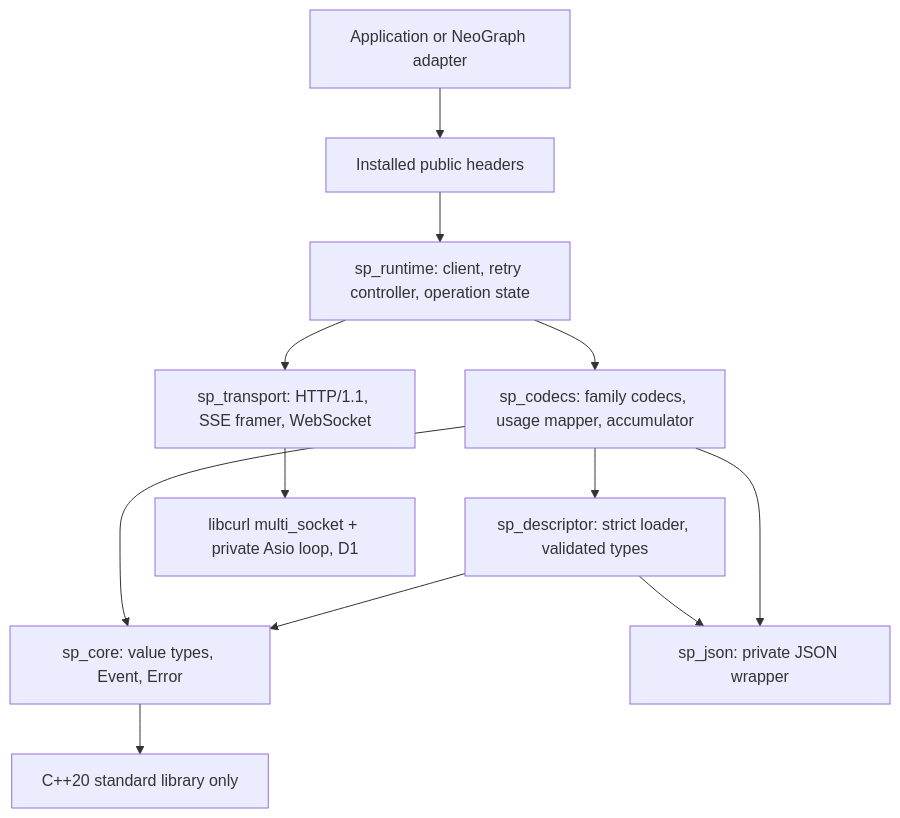
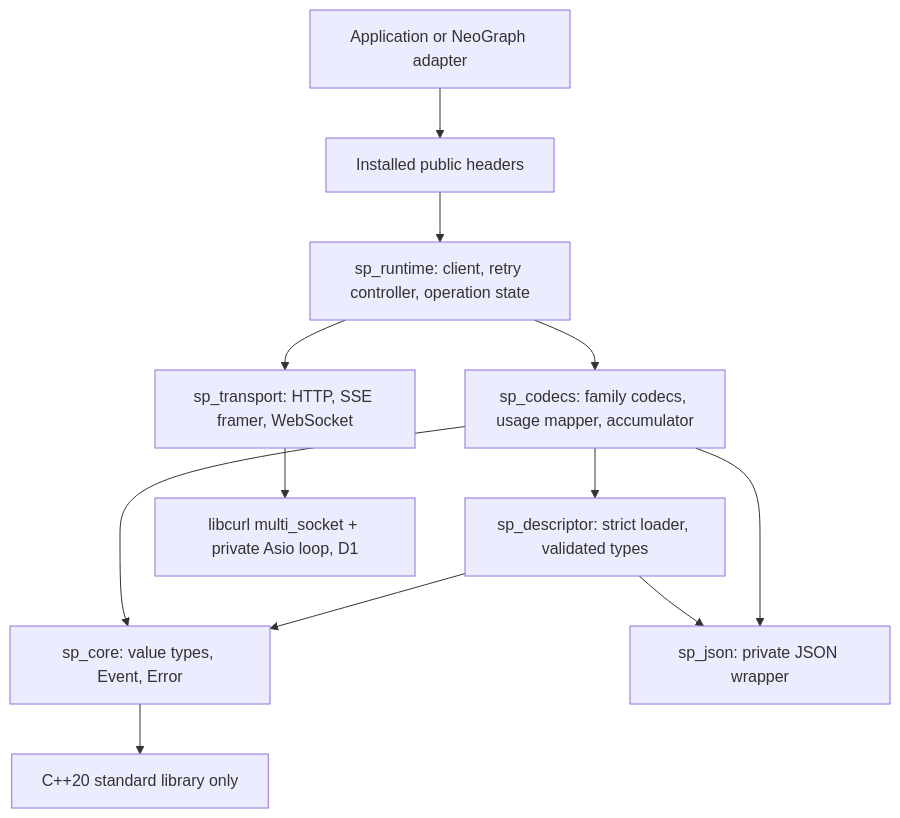
One commit to fox1245/SchemaProvider changed the diagram in docs/DESIGN.md. Above: the diagram before and after it, drawn with Mermaid. The commit also changed other lines of this file and 61 other files, not shown here.

````diff
--- a/docs/DESIGN.md
+++ b/docs/DESIGN.md
@@ -35,14 +35,14 @@
 ```mermaid
 graph TD
   App[Application or NeoGraph adapter] --> Pub[Installed public headers]
   Pub --> Runtime[sp_runtime: client, retry controller, operation state]
   Runtime --> Codecs[sp_codecs: family codecs, usage mapper, accumulator]
-  Runtime --> Transport[sp_transport: HTTP/1.1, SSE framer, WebSocket]
+  Runtime --> Transport[sp_transport: HTTP, SSE framer, WebSocket]
   Codecs --> Desc[sp_descriptor: strict loader, validated types]
   Codecs --> Core[sp_core: value types, Event, Error]
   Desc --> Core
   Desc --> Json[sp_json: private JSON wrapper]
   Codecs --> Json
   Transport --> TP[libcurl multi_socket + private Asio loop, D1]
   Core --> Std[C++20 standard library only]
 ```
````
